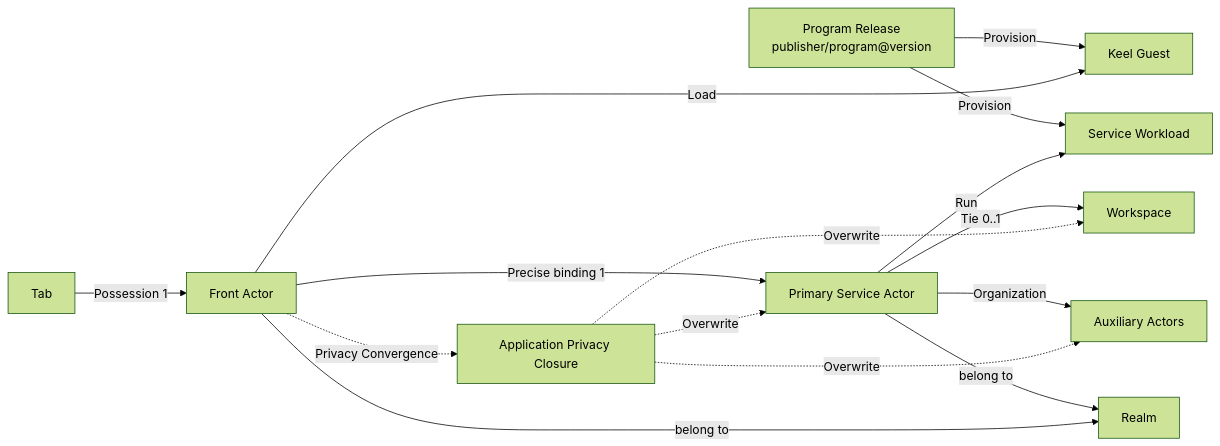
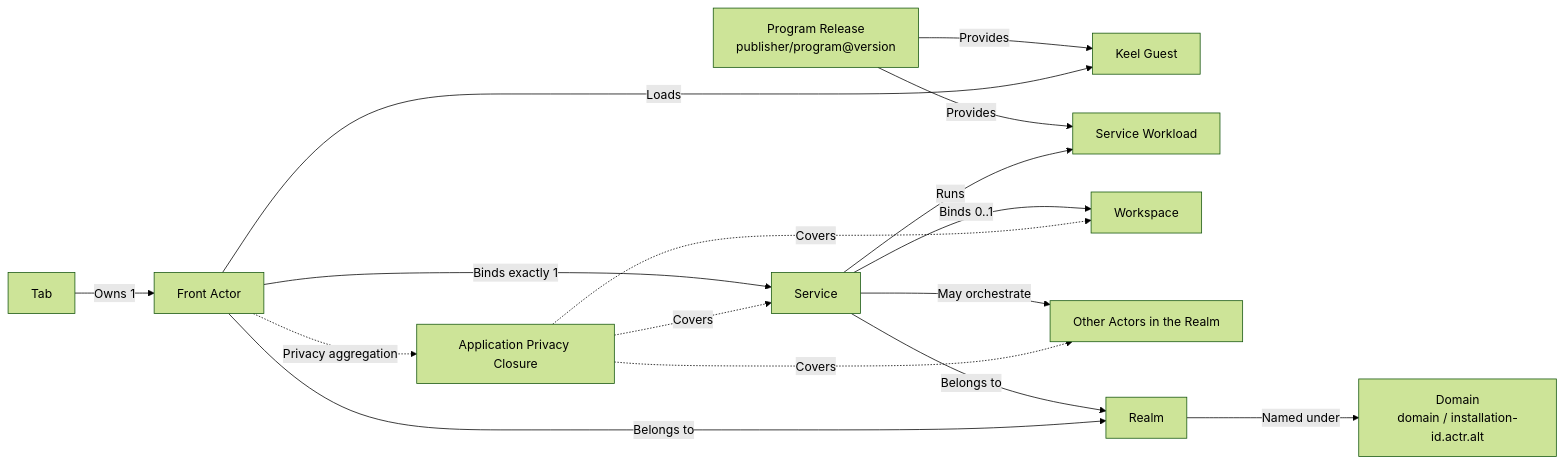
The diagram in docs/product/actrium-v1/02-domain-model.md (Actrium/actrium), drawn with Mermaid (forest theme) before and after one commit. The commit also changed other lines of this file and 895 other files, not shown here.

````diff
--- a/docs/product/actrium-v1/02-domain-model.md
+++ b/docs/product/actrium-v1/02-domain-model.md
@@ -5,17 +5,18 @@
 ```mermaid
 flowchart LR
-    P["Program Release<br/>publisher/program@version"] -->|Provision| G["Keel Guest"]
-    P -->|Provision| W["Service Workload"]
-    T["Tab"] -->|Possession 1| F["Front Actor"]
-    F -->|Load| G
-    F -->|Precise binding 1| S["Primary Service Actor"]
-    S -->|Run| W
-    S -->|Tie 0..1| WS["Workspace"]
-    S -->|Organization| A["Auxiliary Actors"]
-    S -->|belong to| R["Realm"]
-    F -->|belong to| R
-    F -.Privacy Convergence.-> PRIV["Application Privacy Closure"]
-    PRIV -.Overwrite.-> S
-    PRIV -.Overwrite.-> A
-    PRIV -.Overwrite.-> WS
+    P["Program Release<br/>publisher/program@version"] -->|Provides| G["Keel Guest"]
+    P -->|Provides| W["Service Workload"]
+    T["Tab"] -->|Owns 1| F["Front Actor"]
+    F -->|Loads| G
+    F -->|Binds exactly 1| S["Service"]
+    S -->|Runs| W
+    S -->|Binds 0..1| WS["Workspace"]
+    S -->|May orchestrate| A["Other Actors in the Realm"]
+    S -->|Belongs to| R["Realm"]
+    F -->|Belongs to| R
+    R -->|Named under| NS["Domain<br/>domain / installation-id.actr.alt"]
+    F -.Privacy aggregation.-> PRIV["Application Privacy Closure"]
+    PRIV -.Covers.-> S
+    PRIV -.Covers.-> A
+    PRIV -.Covers.-> WS
 ```
````
